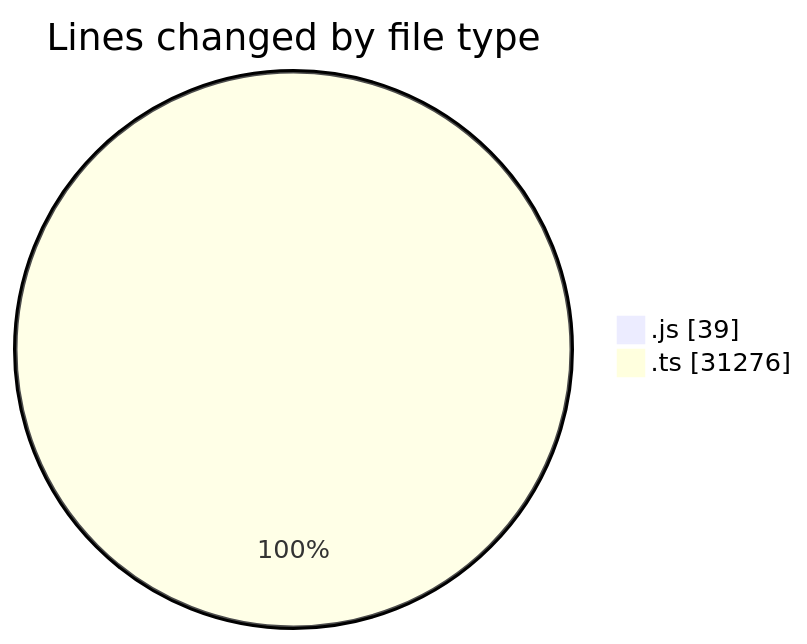
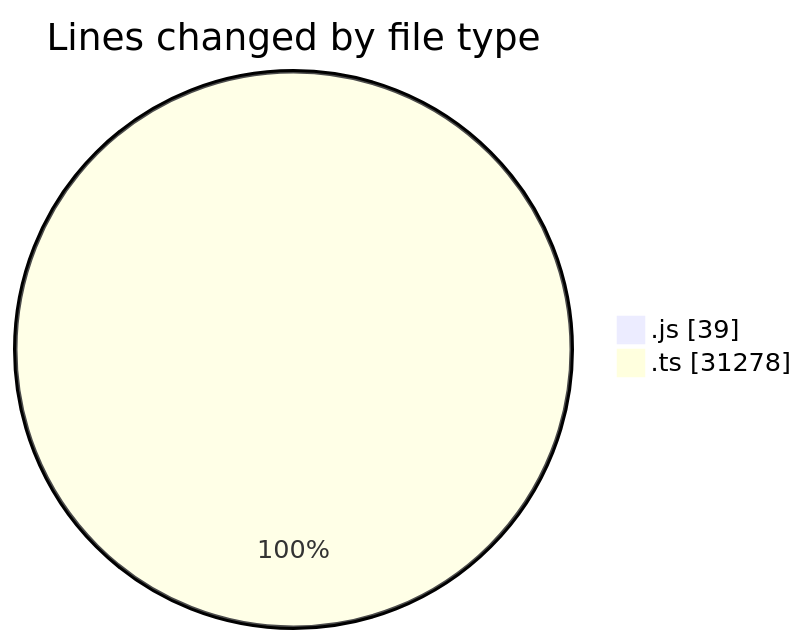
Before and after one commit to momahboobian/code-tracking: the first of 2 diagrams in 2025-06-19/cda/README.md, drawn with Mermaid. The commit also changed other lines of this file and 1 other file, not shown here.

````diff
--- a/2025-06-19/cda/README.md
+++ b/2025-06-19/cda/README.md
@@ -27,6 +27,6 @@
 ```mermaid
 pie showData
 title Lines changed by file type
 ".js" : 39
-".ts" : 31276
+".ts" : 31278
 ```
````
